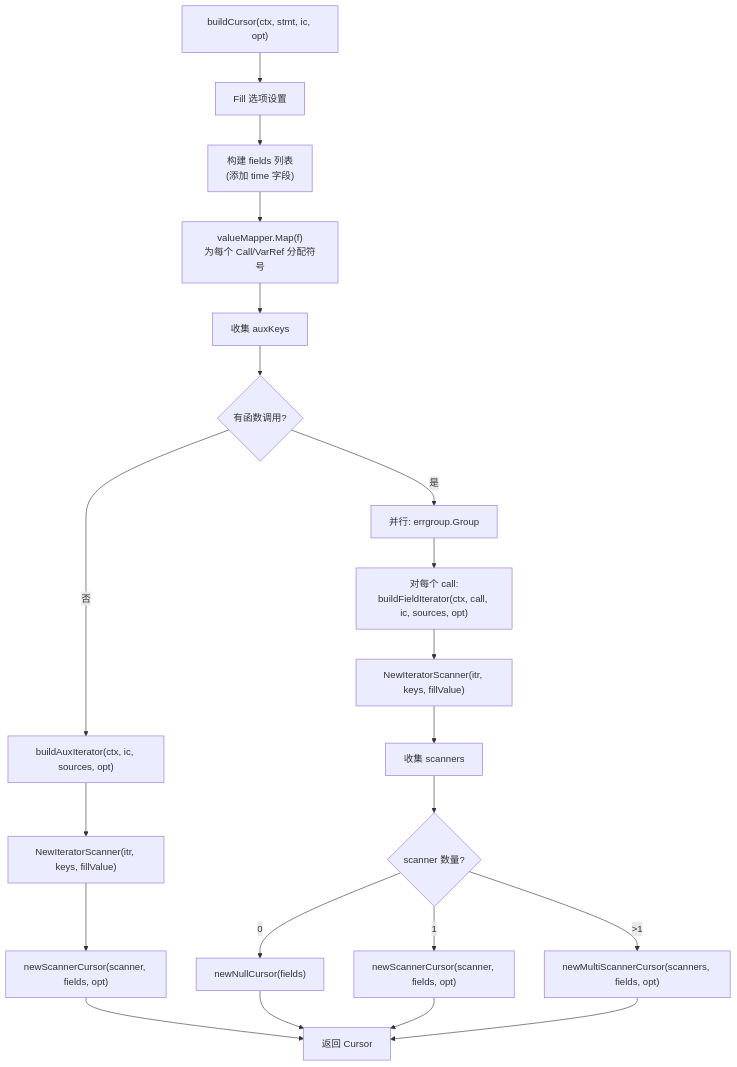
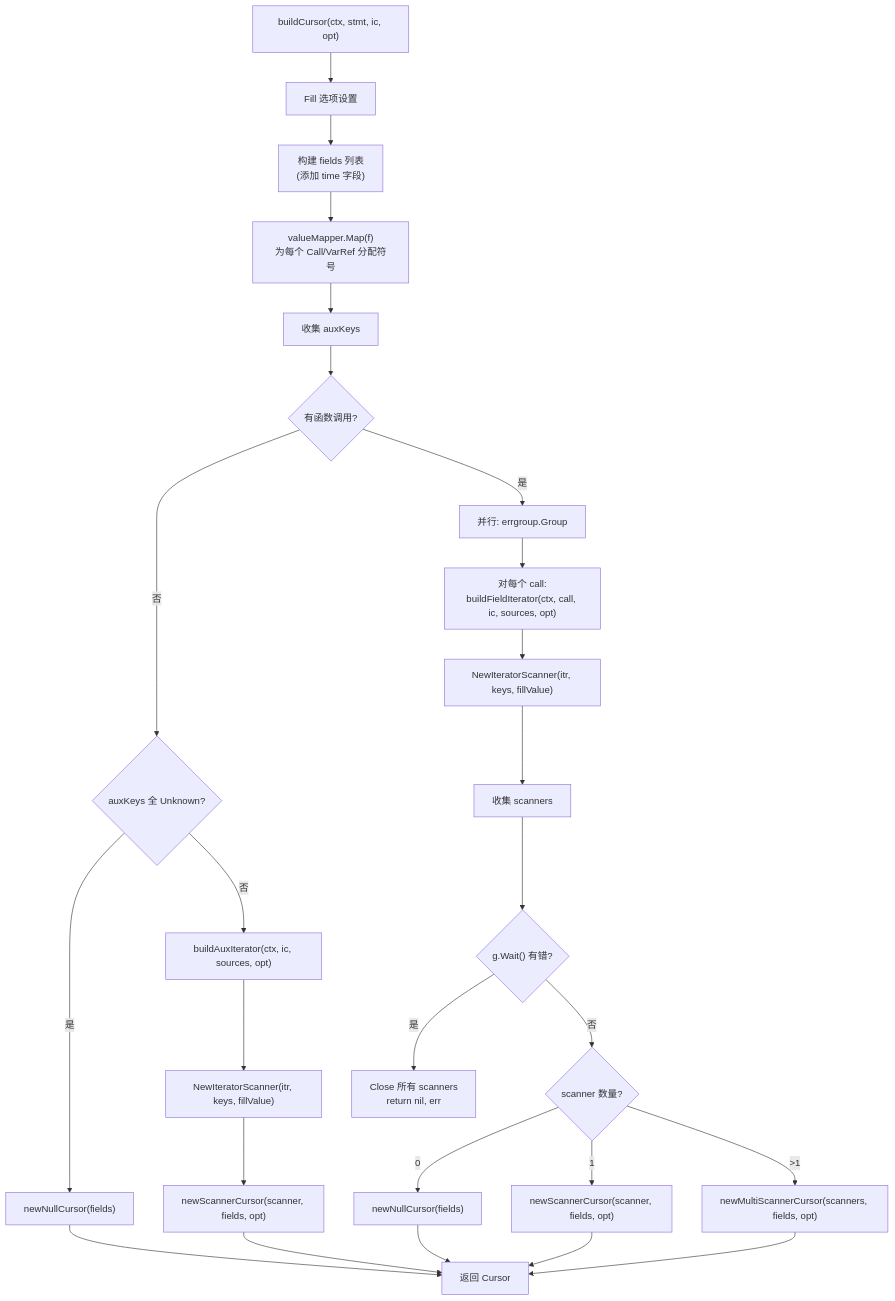
Before and after one commit to stefanv5/influxdb: diagram 11 of 15 in docs/specs/11_influxql_execution_spec.md, drawn with Mermaid. The commit also changed other lines of this file and 16 other files, not shown here.

First line of the commit message:
docs: correct and deepen the 17 architecture specs

````diff
--- a/docs/specs/11_influxql_execution_spec.md
+++ b/docs/specs/11_influxql_execution_spec.md
@@ -1695,28 +2056,33 @@
 ```mermaid
 flowchart TD
     A["buildCursor(ctx, stmt, ic, opt)"] --> B["Fill 选项设置"]
     B --> C["构建 fields 列表<br>(添加 time 字段)"]
     C --> D["valueMapper.Map(f)<br>为每个 Call/VarRef 分配符号"]
     D --> E["收集 auxKeys"]
 
     E --> F{"有函数调用?"}
 
-    F -->|"否"| G["buildAuxIterator(ctx, ic, sources, opt)"]
+    F -->|"否"| G0{"auxKeys 全 Unknown?"}
+    G0 -->|"是"| G1["newNullCursor(fields)"]
+    G0 -->|"否"| G["buildAuxIterator(ctx, ic, sources, opt)"]
     G --> H["NewIteratorScanner(itr, keys, fillValue)"]
     H --> I["newScannerCursor(scanner, fields, opt)"]
 
     F -->|"是"| J["并行: errgroup.Group"]
     J --> K["对每个 call:<br>buildFieldIterator(ctx, call, ic, sources, opt)"]
     K --> L["NewIteratorScanner(itr, keys, fillValue)"]
     L --> M["收集 scanners"]
 
-    M --> N{"scanner 数量?"}
+    M --> W{"g.Wait() 有错?"}
+    W -->|"是"| W1["Close 所有 scanners<br>return nil, err"]
+    W -->|"否"| N{"scanner 数量?"}
     N -->|"0"| O["newNullCursor(fields)"]
     N -->|"1"| P["newScannerCursor(scanner, fields, opt)"]
     N -->|">1"| Q["newMultiScannerCursor(scanners, fields, opt)"]
 
     I --> R["返回 Cursor"]
+    G1 --> R
     O --> R
     P --> R
     Q --> R
 ```
````
